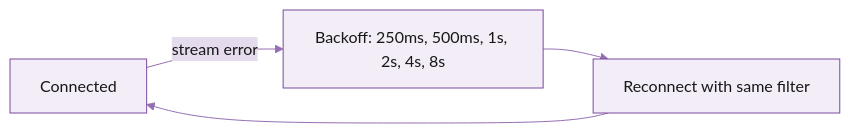
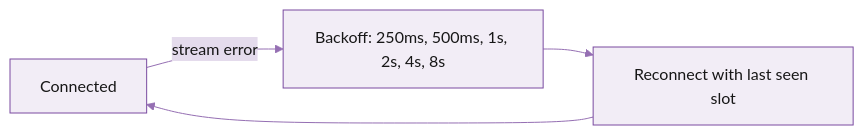
Before and after one commit to kshyndina/docs: the diagram in solana/streaming/dragons-mouth/quickstart.mdx, drawn with Mermaid. The commit also changed other lines of this file and 21 other files, not shown here.

````diff
--- a/solana/streaming/dragons-mouth/quickstart.mdx
+++ b/solana/streaming/dragons-mouth/quickstart.mdx
@@ -146,7 +387,7 @@
 ```mermaid
 %%{init: {'theme':'base','themeVariables':{'primaryColor':'#F2EDF6','primaryBorderColor':'#7A4BA0','primaryTextColor':'#171717','lineColor':'#956FB3','secondaryColor':'#E4DBEC','tertiaryColor':'#D7C9E3'}}}%%
 flowchart LR
     A[Connected] -->|stream error| B[Backoff: 250ms, 500ms, 1s, 2s, 4s, 8s]
-    B --> C[Reconnect with same filter]
+    B --> C[Reconnect with last seen slot]
     C --> A
 ```
````
